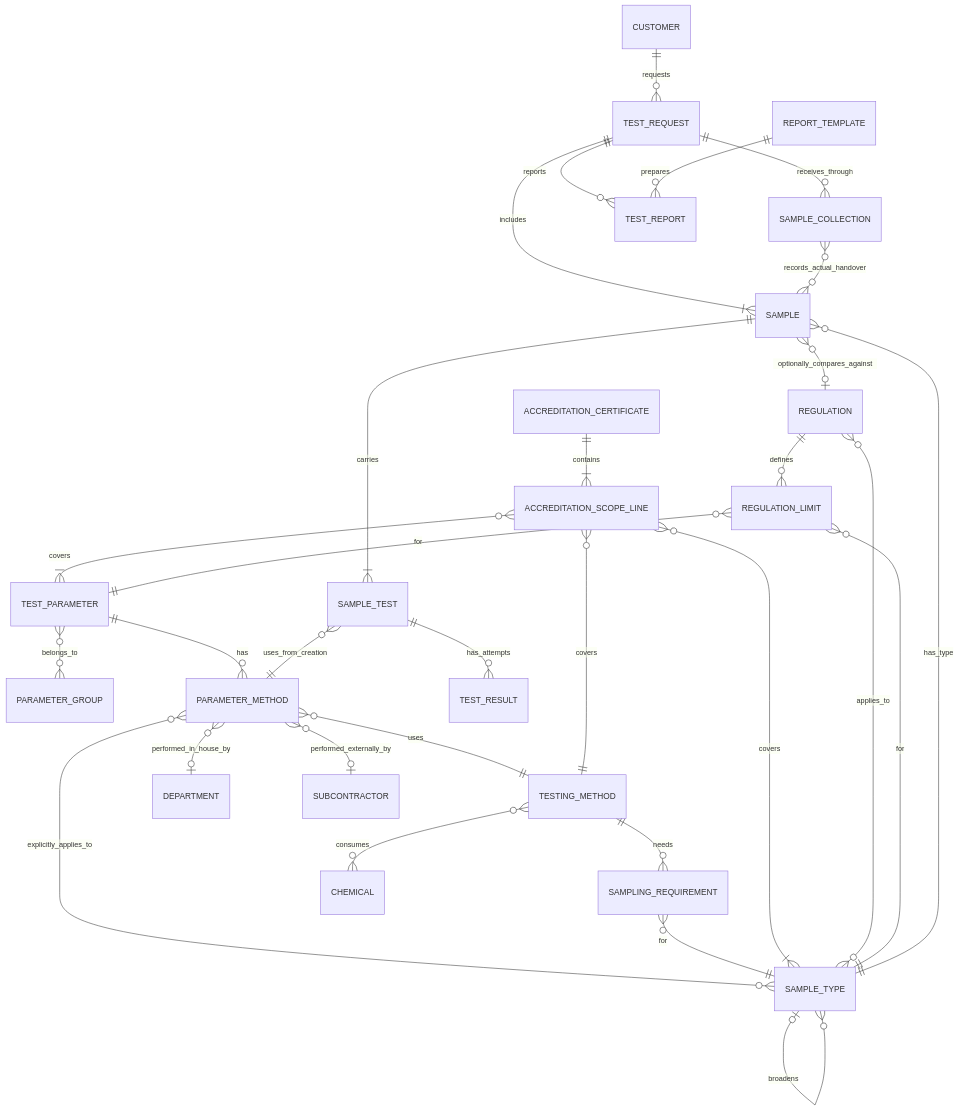
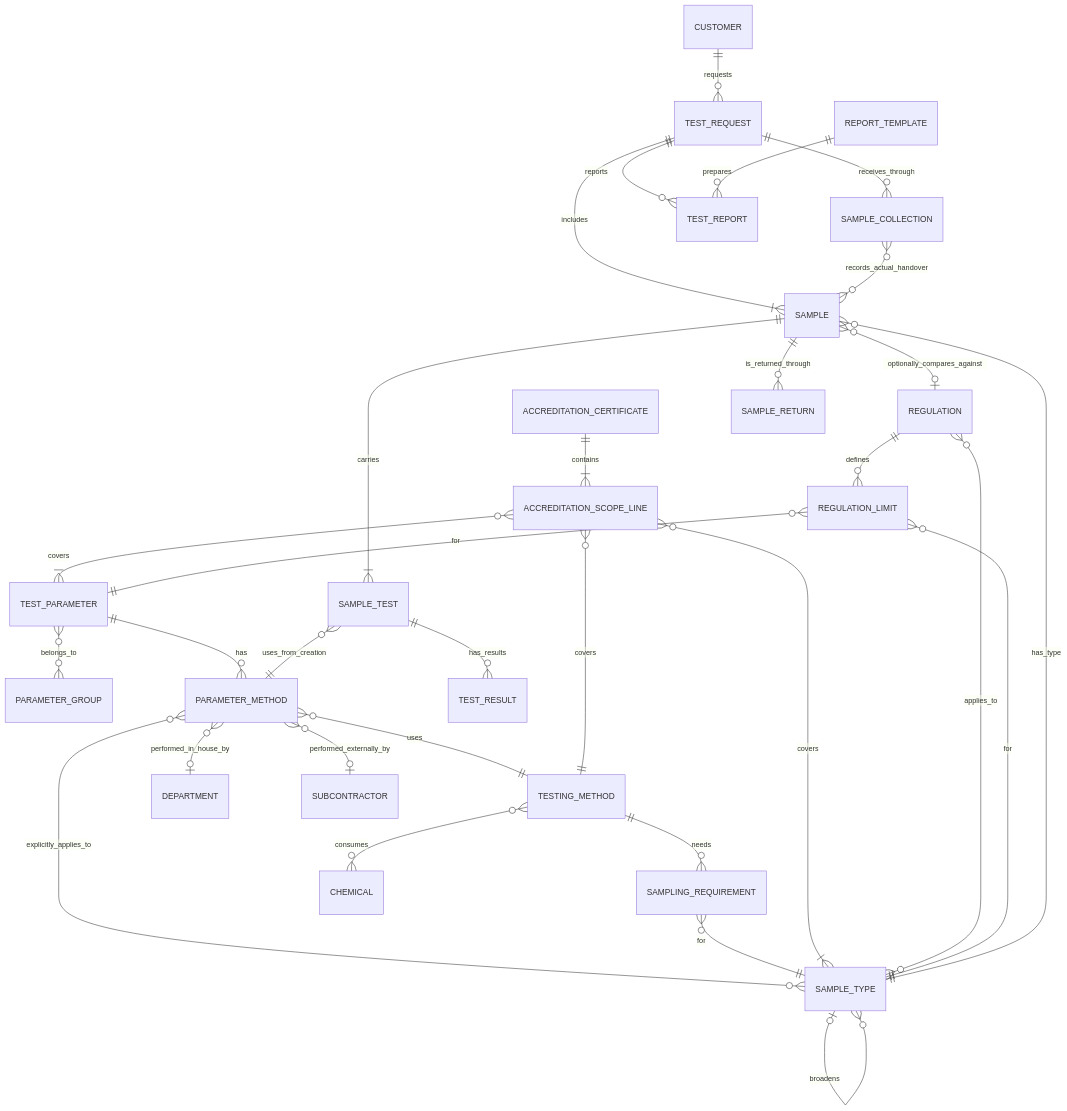
The first of 3 diagrams in docs/functional/conceptual-model.md (SoltuneMontepre/medilab), drawn with Mermaid before and after one commit. The commit also changed other lines of this file and 27 other files, not shown here.

````diff
--- a/docs/functional/conceptual-model.md
+++ b/docs/functional/conceptual-model.md
@@ -13,32 +13,33 @@
 ```mermaid
 erDiagram
     SAMPLE_TYPE o|--o{ SAMPLE_TYPE : broadens
     TEST_PARAMETER }o--o{ PARAMETER_GROUP : belongs_to
     TEST_PARAMETER ||--o{ PARAMETER_METHOD : has
     PARAMETER_METHOD }o--|| TESTING_METHOD : uses
     PARAMETER_METHOD }o--o| DEPARTMENT : performed_in_house_by
     PARAMETER_METHOD }o--o| SUBCONTRACTOR : performed_externally_by
     PARAMETER_METHOD }o--o{ SAMPLE_TYPE : explicitly_applies_to
     TESTING_METHOD ||--o{ SAMPLING_REQUIREMENT : needs
     SAMPLING_REQUIREMENT }o--|| SAMPLE_TYPE : for
     TESTING_METHOD }o--o{ CHEMICAL : consumes
     ACCREDITATION_CERTIFICATE ||--|{ ACCREDITATION_SCOPE_LINE : contains
     ACCREDITATION_SCOPE_LINE }o--|| TESTING_METHOD : covers
     ACCREDITATION_SCOPE_LINE }o--|{ TEST_PARAMETER : covers
     ACCREDITATION_SCOPE_LINE }o--|{ SAMPLE_TYPE : covers
     REGULATION }o--o{ SAMPLE_TYPE : applies_to
     REGULATION ||--o{ REGULATION_LIMIT : defines
     REGULATION_LIMIT }o--|| TEST_PARAMETER : for
     REGULATION_LIMIT }o--|| SAMPLE_TYPE : for
     CUSTOMER ||--o{ TEST_REQUEST : requests
     TEST_REQUEST ||--|{ SAMPLE : includes
     TEST_REQUEST ||--o{ SAMPLE_COLLECTION : receives_through
     SAMPLE_COLLECTION }o--o{ SAMPLE : records_actual_handover
     SAMPLE }o--|| SAMPLE_TYPE : has_type
     SAMPLE }o--o| REGULATION : optionally_compares_against
     SAMPLE ||--|{ SAMPLE_TEST : carries
     SAMPLE_TEST }o--|| PARAMETER_METHOD : uses_from_creation
-    SAMPLE_TEST ||--o{ TEST_RESULT : has_attempts
+    SAMPLE_TEST ||--o{ TEST_RESULT : has_results
+    SAMPLE ||--o{ SAMPLE_RETURN : is_returned_through
     TEST_REQUEST ||--o{ TEST_REPORT : reports
     REPORT_TEMPLATE ||--o{ TEST_REPORT : prepares
 ```
````
